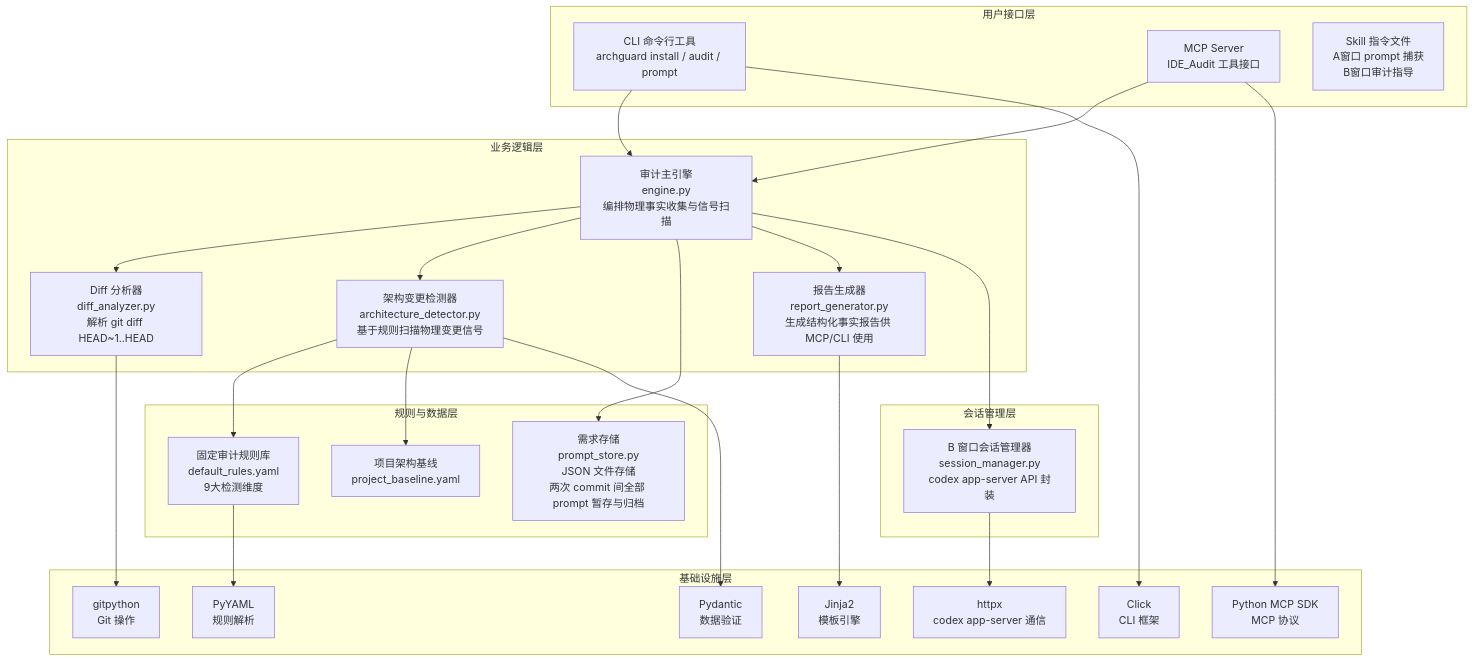
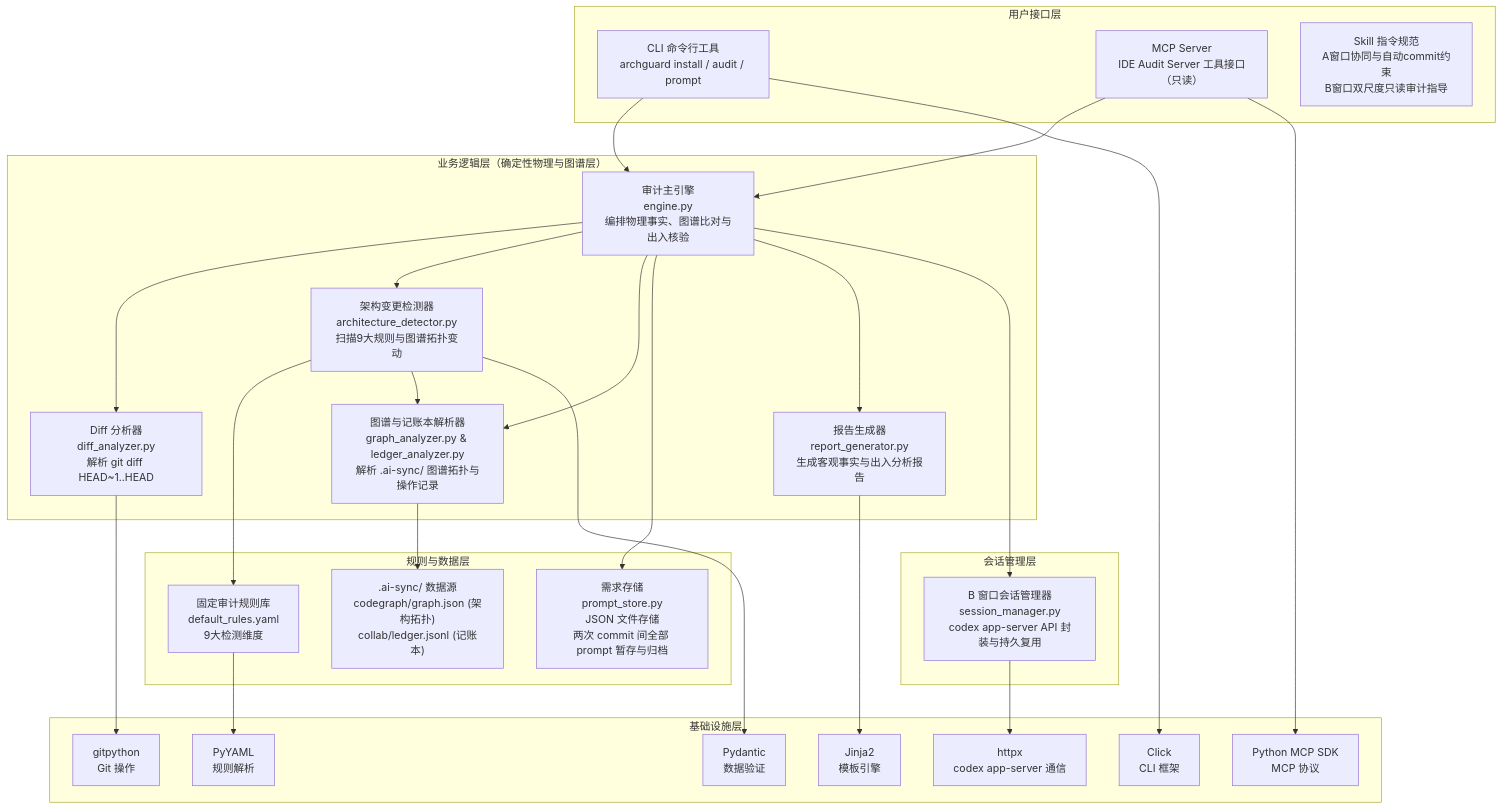
The second of 3 diagrams in docs/PRODUCT_DESIGN.md (lndlwh2024/AI_IDE_Audit), drawn with Mermaid before and after one commit. The commit also changed other lines of this file and 1 other file, not shown here.

Commit message:
docs: 更新产品设计与协作规则，确立双尺度研判、图谱分析与记账出入核验架构

````diff
--- a/docs/PRODUCT_DESIGN.md
+++ b/docs/PRODUCT_DESIGN.md
@@ -154,52 +158,55 @@
 ```mermaid
 graph TB
     subgraph "用户接口层"
         CLI["CLI 命令行工具<br/>archguard install / audit / prompt"]
-        MCP["MCP Server<br/>IDE_Audit 工具接口"]
-        Skill["Skill 指令文件<br/>A窗口 prompt 捕获<br/>B窗口审计指导"]
+        MCP["MCP Server<br/>IDE Audit Server 工具接口（只读）"]
+        Skill["Skill 指令规范<br/>A窗口协同与自动commit约束<br/>B窗口双尺度只读审计指导"]
     end
 
-    subgraph "业务逻辑层"
-        Engine["审计主引擎<br/>engine.py<br/>编排物理事实收集与信号扫描"]
+    subgraph "业务逻辑层（确定性物理与图谱层）"
+        Engine["审计主引擎<br/>engine.py<br/>编排物理事实、图谱比对与出入核验"]
         DiffAnalyzer["Diff 分析器<br/>diff_analyzer.py<br/>解析 git diff HEAD~1..HEAD"]
-        ArchDetector["架构变更检测器<br/>architecture_detector.py<br/>基于规则扫描物理变更信号"]
-        ReportGen["报告生成器<br/>report_generator.py<br/>生成结构化事实报告供 MCP/CLI 使用"]
+        ArchDetector["架构变更检测器<br/>architecture_detector.py<br/>扫描9大规则与图谱拓扑变动"]
+        GraphLoader["图谱与记账本解析器<br/>graph_analyzer.py & ledger_analyzer.py<br/>解析 .ai-sync/ 图谱拓扑与操作记录"]
+        ReportGen["报告生成器<br/>report_generator.py<br/>生成客观事实与出入分析报告"]
     end
 
     subgraph "会话管理层"
-        SessionMgr["B 窗口会话管理器<br/>session_manager.py<br/>codex app-server API 封装"]
+        SessionMgr["B 窗口会话管理器<br/>session_manager.py<br/>codex app-server API 封装与持久复用"]
     end
 
     subgraph "规则与数据层"
         Rules["固定审计规则库<br/>default_rules.yaml<br/>9大检测维度"]
+        DualSyncData[".ai-sync/ 数据源<br/>codegraph/graph.json (架构拓扑)<br/>collab/ledger.jsonl (记账本)"]
         PromptStore2["需求存储<br/>prompt_store.py<br/>JSON 文件存储<br/>两次 commit 间全部 prompt 暂存与归档"]
-        Baseline["项目架构基线<br/>project_baseline.yaml"]
     end
 
     subgraph "基础设施层"
         GitPython["gitpython<br/>Git 操作"]
         Click2["Click<br/>CLI 框架"]
         MCPSDK["Python MCP SDK<br/>MCP 协议"]
         Jinja["Jinja2<br/>模板引擎"]
         Pydantic["Pydantic<br/>数据验证"]
         PyYAML["PyYAML<br/>规则解析"]
         HTTPX["httpx<br/>codex app-server 通信"]
     end
 
     CLI --> Engine
     MCP --> Engine
     Engine --> DiffAnalyzer
     Engine --> ArchDetector
+    Engine --> GraphLoader
     Engine --> PromptStore2
     Engine --> ReportGen
     Engine --> SessionMgr
     DiffAnalyzer --> GitPython
+    GraphLoader --> DualSyncData
     ArchDetector --> Rules
-    ArchDetector --> Baseline
+    ArchDetector --> GraphLoader
     ReportGen --> Jinja
     CLI --> Click2
     MCP --> MCPSDK
     Rules --> PyYAML
     ArchDetector --> Pydantic
     SessionMgr --> HTTPX
 ```
````
